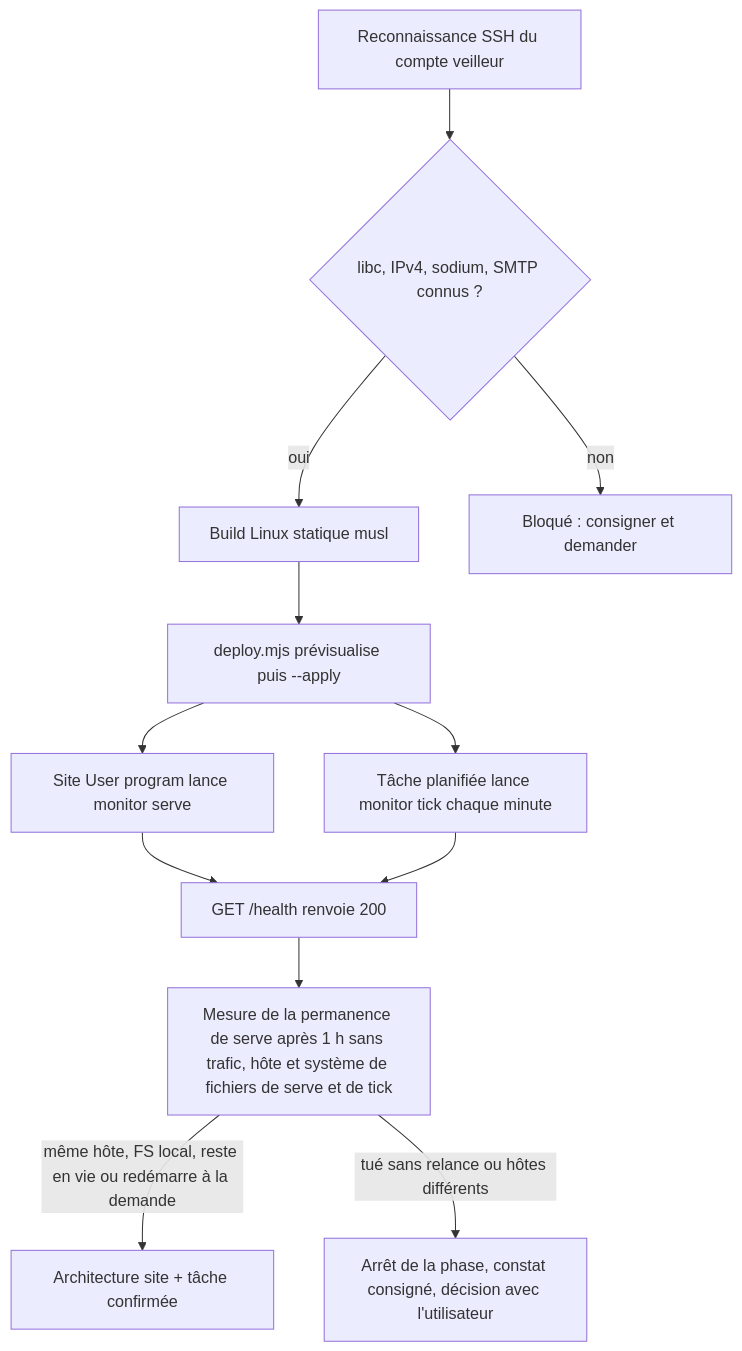
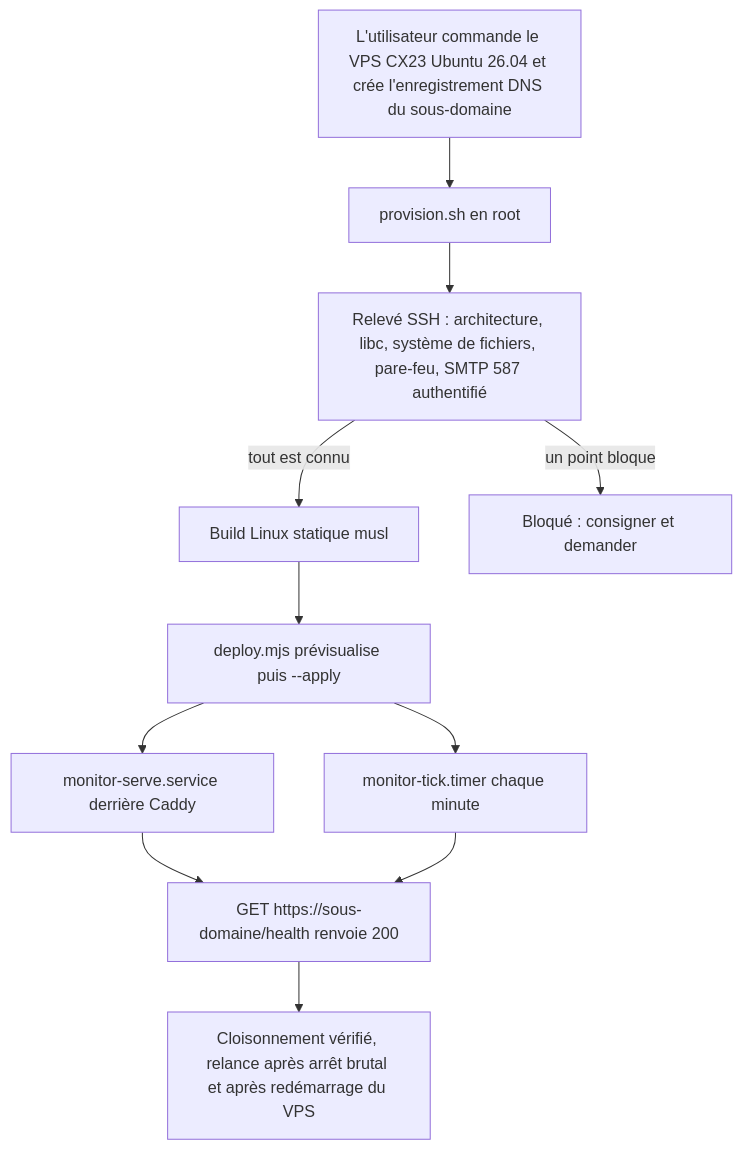
The first of 2 diagrams in aidd_docs/tasks/2026_10/2026_10_15_veilleur-multisites/phase-1.md (RebelliousSmile/alwaysdata_monitor), drawn with Mermaid before and after one commit. The commit also changed other lines of this file and 28 other files, not shown here.

First line of the commit message:
feat(monitor): squelette du veilleur et installation du VPS (phase 1)

````diff
--- a/aidd_docs/tasks/2026_10/2026_10_15_veilleur-multisites/phase-1.md
+++ b/aidd_docs/tasks/2026_10/2026_10_15_veilleur-multisites/phase-1.md
@@ -37,14 +42,13 @@
 ```mermaid
 flowchart TD
-  A[Reconnaissance SSH du compte veilleur] --> B{libc, IPv4, sodium, SMTP connus ?}
-  B -->|oui| C[Build Linux statique musl]
-  B -->|non| X[Bloqué : consigner et demander]
-  C --> D[deploy.mjs prévisualise puis --apply]
-  D --> E[Site User program lance monitor serve]
-  D --> F[Tâche planifiée lance monitor tick chaque minute]
-  E --> G[GET /health renvoie 200]
-  F --> G
-  G --> H[Mesure de la permanence de serve après 1 h sans trafic, hôte et système de fichiers de serve et de tick]
-  H -->|même hôte, FS local, reste en vie ou redémarre à la demande| I[Architecture site + tâche confirmée]
-  H -->|tué sans relance ou hôtes différents| J[Arrêt de la phase, constat consigné, décision avec l'utilisateur]
+  A[L'utilisateur commande le VPS CX23 Ubuntu 26.04 et crée l'enregistrement DNS du sous-domaine] --> B[provision.sh en root]
+  B --> C[Relevé SSH : architecture, libc, système de fichiers, pare-feu, SMTP 587 authentifié]
+  C -->|tout est connu| D[Build Linux statique musl]
+  C -->|un point bloque| X[Bloqué : consigner et demander]
+  D --> E[deploy.mjs prévisualise puis --apply]
+  E --> F[monitor-serve.service derrière Caddy]
+  E --> G[monitor-tick.timer chaque minute]
+  F --> H[GET https://sous-domaine/health renvoie 200]
+  G --> H
+  H --> I[Cloisonnement vérifié, relance après arrêt brutal et après redémarrage du VPS]
 ```
````
